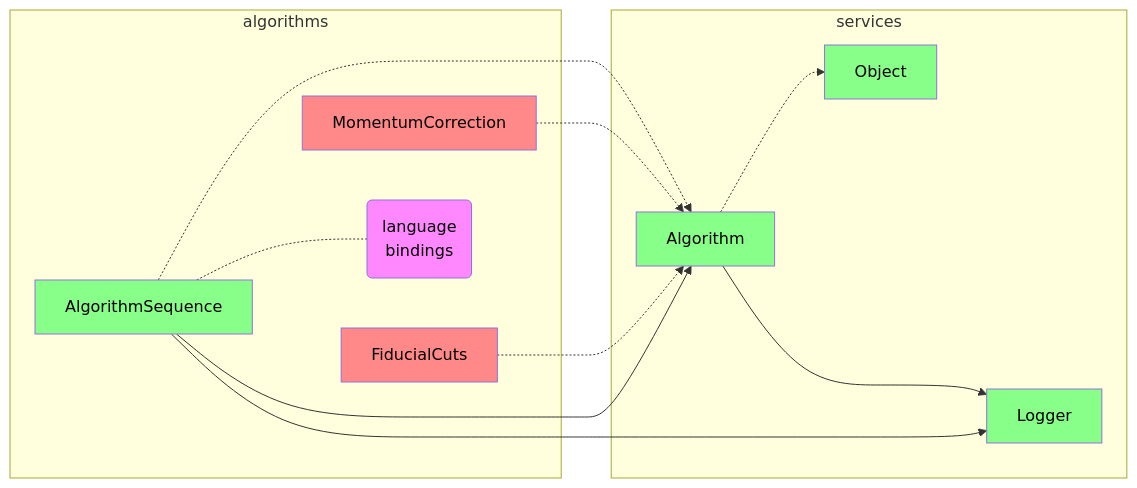
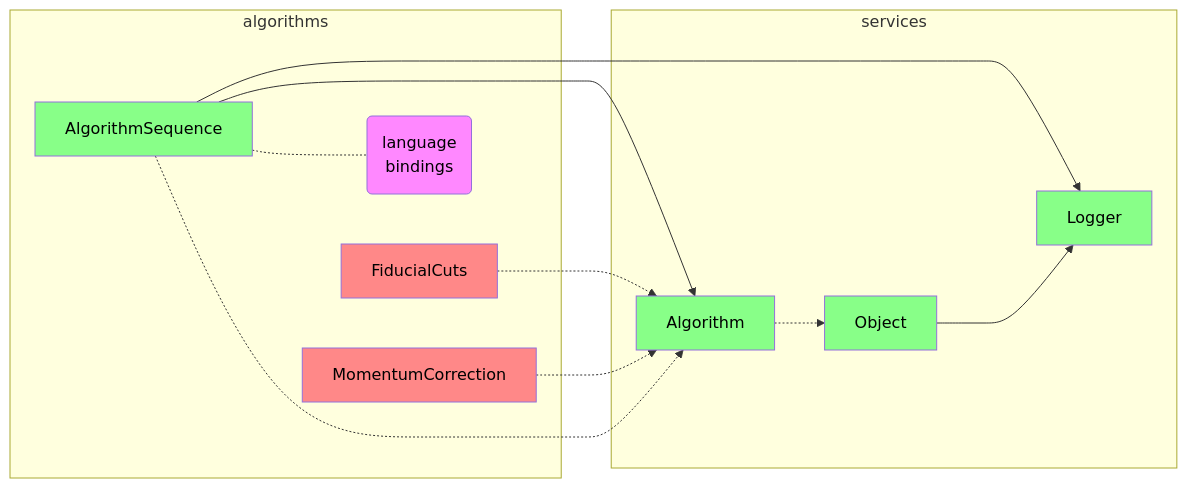
The first of 3 diagrams in doc/design.md (JeffersonLab/iguana), drawn with Mermaid before and after one commit.

Commit message:
fix: `Object` owns `Logger`

````diff
--- a/doc/design.md
+++ b/doc/design.md
@@ -7,29 +7,29 @@
 ```mermaid
 flowchart LR
     classDef cls fill:#88ff88,color:black
     classDef algo fill:#ff8888,color:black
     classDef other fill:#ff88ff,color:black
 
     subgraph services
         Algorithm:::cls
         Logger:::cls
         Object:::cls
     end
 
     subgraph algorithms
         FiducialCuts:::algo
         MomentumCorrection:::algo
         AlgorithmSequence:::cls
         bindings(language<br />bindings):::other
     end
 
     AlgorithmSequence ---> Logger
     AlgorithmSequence ---> Algorithm
     AlgorithmSequence -.-  bindings
-    Algorithm         ---> Logger
+    Object            ---> Logger
 
     FiducialCuts       -.-> Algorithm
     MomentumCorrection -.-> Algorithm
     AlgorithmSequence  -.-> Algorithm
     Algorithm          -.-> Object
 ```
````
